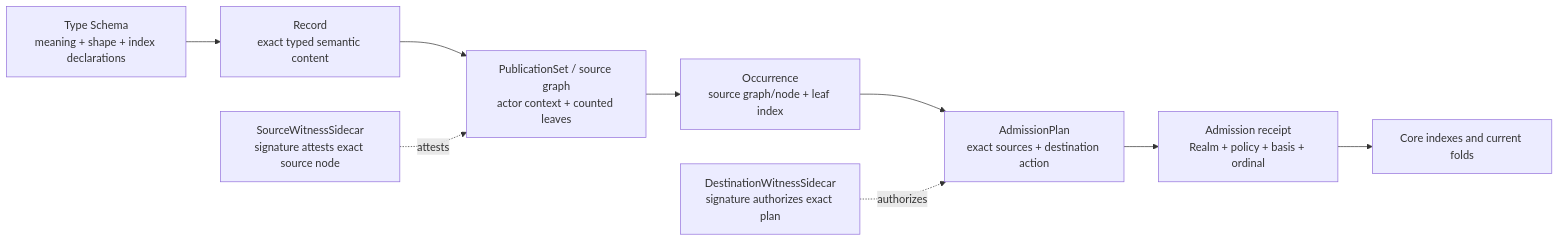
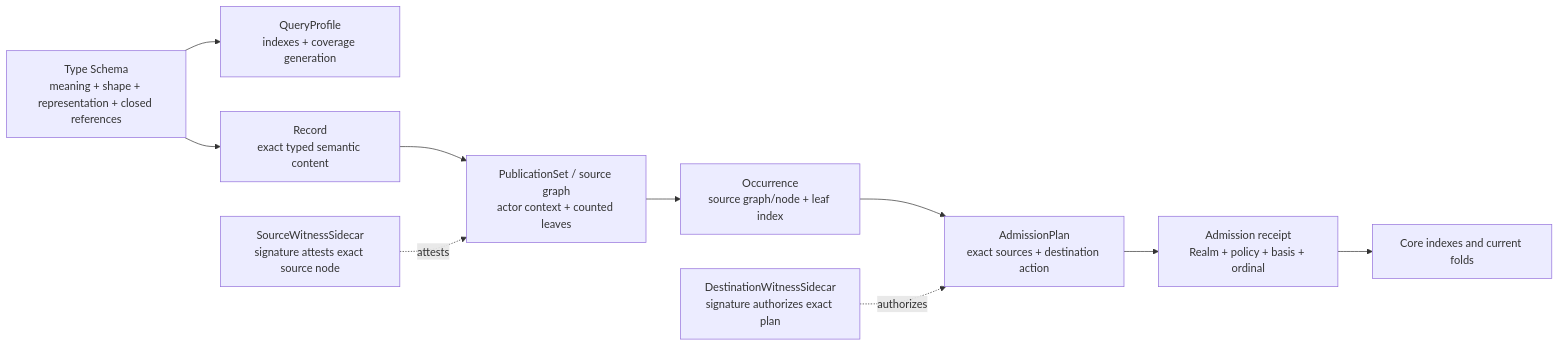
Before and after one commit to efs-project/planning: the diagram in Designs/efsv2/core-architecture-candidate.md, drawn with Mermaid. The commit also changed other lines of this file and 5 other files, not shown here.

````diff
--- a/Designs/efsv2/core-architecture-candidate.md
+++ b/Designs/efsv2/core-architecture-candidate.md
@@ -21,20 +21,22 @@
 ```mermaid
 flowchart LR
-    T["Type Schema<br/>meaning + shape + index declarations"]
+    T["Type Schema<br/>meaning + shape + representation + closed references"]
+    Q["QueryProfile<br/>indexes + coverage generation"]
     R["Record<br/>exact typed semantic content"]
     P["PublicationSet / source graph<br/>actor context + counted leaves"]
     S["SourceWitnessSidecar<br/>signature attests exact source node"]
     O["Occurrence<br/>source graph/node + leaf index"]
     AP["AdmissionPlan<br/>exact sources + destination action"]
     D["DestinationWitnessSidecar<br/>signature authorizes exact plan"]
     A["Admission receipt<br/>Realm + policy + basis + ordinal"]
     I["Core indexes and current folds"]
     T --> R
+    T --> Q
     R --> P
     P --> O
     S -. attests .-> P
     O --> AP
     D -. authorizes .-> AP
     AP --> A
     A --> I
 ```
````
